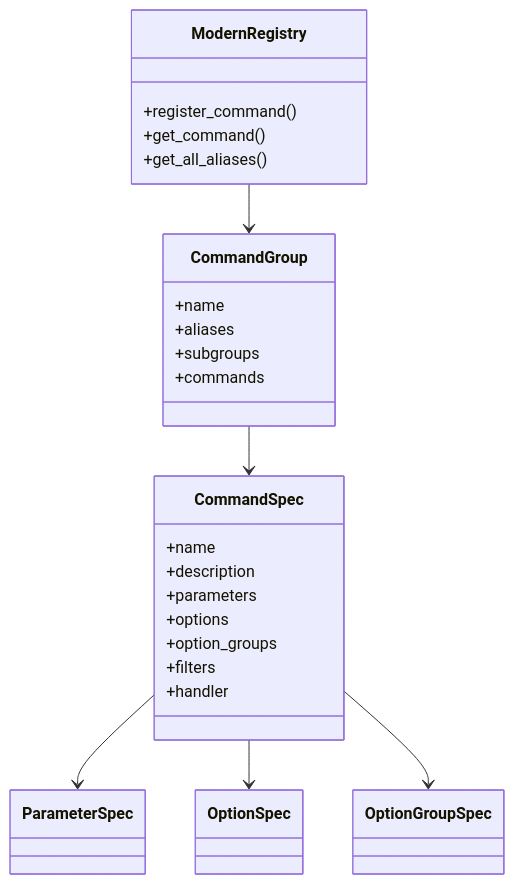
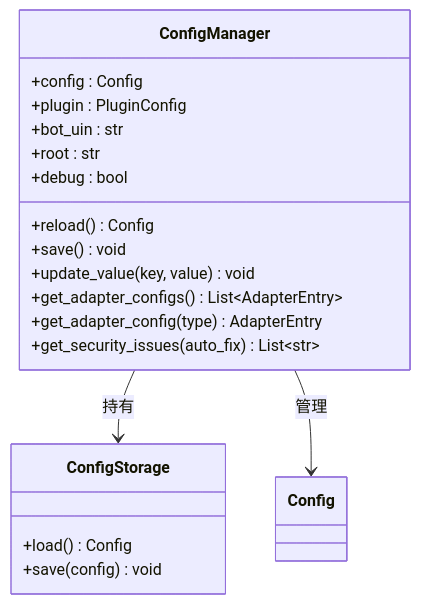
The fifth of 27 diagrams in LLM.md (huan-yp/NcatBotDocs), drawn with Mermaid before and after one commit. The commit also changed other lines of this file and 254 other files, not shown here.

````diff
--- a/LLM.md
+++ b/LLM.md
@@ -6343,32 +7852,22 @@
 ```mermaid
 classDiagram
-    class ModernRegistry {
-      +register_command()
-      +get_command()
-      +get_all_aliases()
+    class ConfigManager {
+        +config : Config
+        +plugin : PluginConfig
+        +bot_uin : str
+        +root : str
+        +debug : bool
+        +reload() Config
+        +save() void
+        +update_value(key, value) void
+        +get_adapter_configs() List~AdapterEntry~
+        +get_adapter_config(type) AdapterEntry
+        +get_security_issues(auto_fix) List~str~
     }
-    class CommandGroup {
-      +name
-      +aliases
-      +subgroups
-      +commands
+    class ConfigStorage {
+        +load() Config
+        +save(config) void
     }
-    class CommandSpec {
-      +name
-      +description
-      +parameters
-      +options
-      +option_groups
-      +filters
-      +handler
-    }
-    class ParameterSpec
-    class OptionSpec
-    class OptionGroupSpec
-
-    ModernRegistry --> CommandGroup
-    CommandGroup --> CommandSpec
-    CommandSpec --> ParameterSpec
-    CommandSpec --> OptionSpec
-    CommandSpec --> OptionGroupSpec
+    ConfigManager --> ConfigStorage : 持有
+    ConfigManager --> Config : 管理
 ```
````
